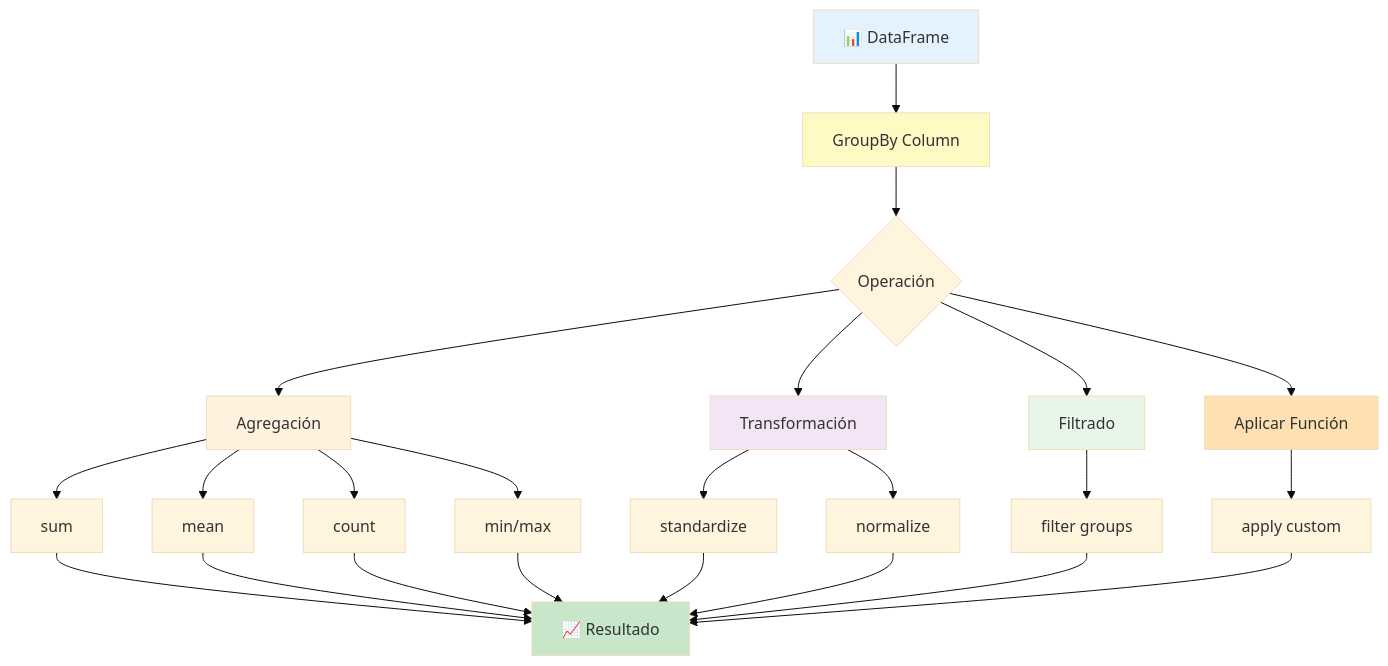
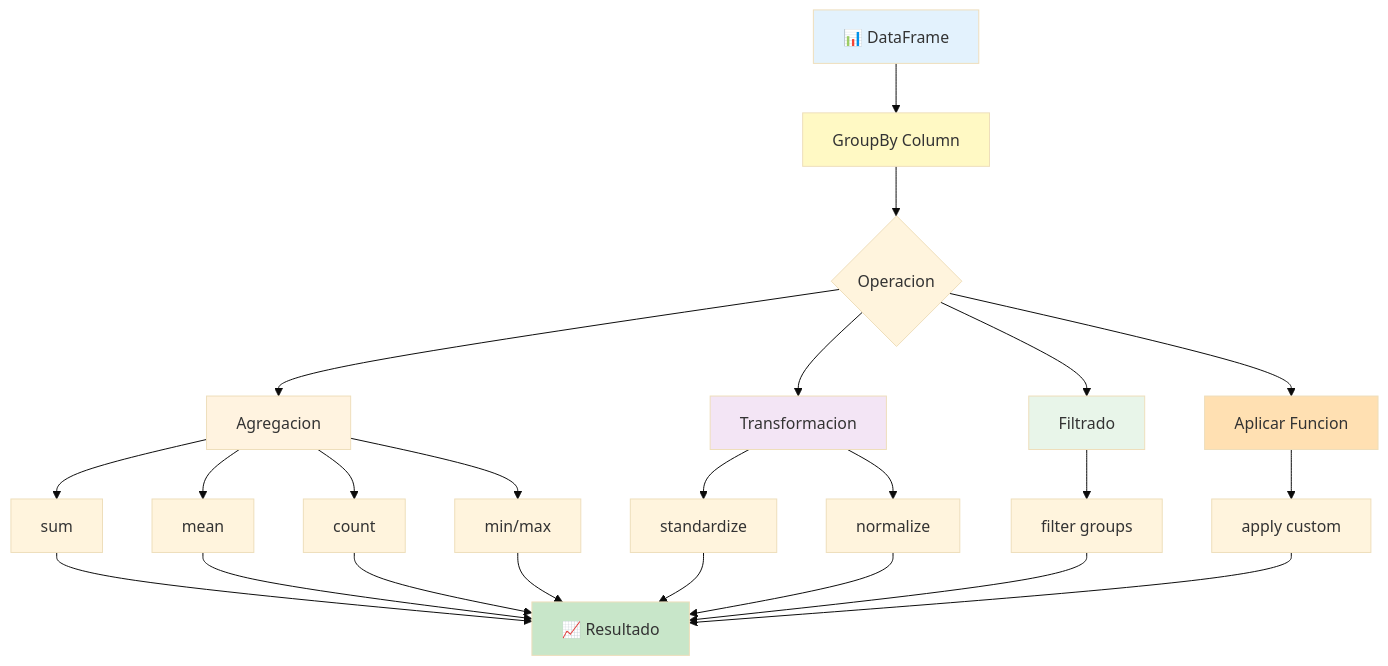
The eighth of 23 diagrams in modules/module-04-python-for-data/assets/diagrams/pandas-operations.md (nanlabs/nan-data-engineering-labs), drawn with Mermaid (base theme) before and after one commit. The commit also changed other lines of this file and 23 other files, not shown here.

````diff
--- a/modules/module-04-python-for-data/assets/diagrams/pandas-operations.md
+++ b/modules/module-04-python-for-data/assets/diagrams/pandas-operations.md
@@ -126,38 +126,38 @@
 ```mermaid
 flowchart TD
     A[📊 DataFrame] --> B[GroupBy Column]
-    B --> C{Operación}
+    B --> C{Operacion}
     
-    C --> D[Agregación]
+    C --> D[Agregacion]
     D --> E[sum]
     D --> F[mean]
     D --> G[count]
     D --> H[min/max]
     
-    C --> I[Transformación]
+    C --> I[Transformacion]
     I --> J[standardize]
     I --> K[normalize]
     
     C --> L[Filtrado]
     L --> M[filter groups]
     
-    C --> N[Aplicar Función]
+    C --> N[Aplicar Funcion]
     N --> O[apply custom]
     
     E --> P[📈 Resultado]
     F --> P
     G --> P
     H --> P
     J --> P
     K --> P
     M --> P
     O --> P
     
     style A fill:#e3f2fd
     style B fill:#fff9c4
     style D fill:#fff3e0
     style I fill:#f3e5f5
     style L fill:#e8f5e9
     style N fill:#ffe0b2
     style P fill:#c8e6c9
 ```
````
